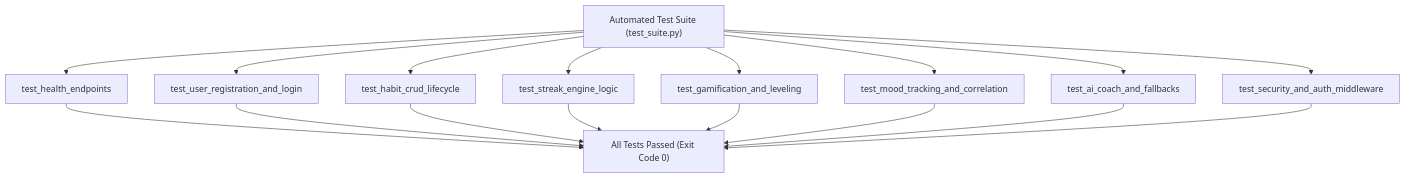
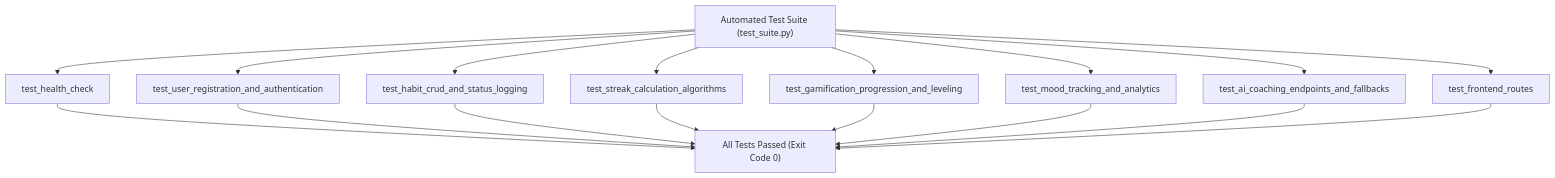
Before and after one commit to KerberoSec/Sanyam_Hackathon_2nd_Rank: the tenth of 10 diagrams in README.md, drawn with Mermaid. The commit also changed other lines of this file, not shown here.

````diff
--- a/README.md
+++ b/README.md
@@ -710,20 +710,20 @@
 ```mermaid
 flowchart TD
-    Suite["Automated Test Suite (test_suite.py)"] --> T1["test_health_endpoints"]
-    Suite --> T2["test_user_registration_and_login"]
-    Suite --> T3["test_habit_crud_lifecycle"]
-    Suite --> T4["test_streak_engine_logic"]
-    Suite --> T5["test_gamification_and_leveling"]
-    Suite --> T6["test_mood_tracking_and_correlation"]
-    Suite --> T7["test_ai_coach_and_fallbacks"]
-    Suite --> T8["test_security_and_auth_middleware"]
+    Suite["Automated Test Suite (test_suite.py)"] --> T1["test_health_check"]
+    Suite --> T2["test_user_registration_and_authentication"]
+    Suite --> T3["test_habit_crud_and_status_logging"]
+    Suite --> T4["test_streak_calculation_algorithms"]
+    Suite --> T5["test_gamification_progression_and_leveling"]
+    Suite --> T6["test_mood_tracking_and_analytics"]
+    Suite --> T7["test_ai_coaching_endpoints_and_fallbacks"]
+    Suite --> T8["test_frontend_routes"]
 
     T1 --> Pass["All Tests Passed (Exit Code 0)"]
     T2 --> Pass
     T3 --> Pass
     T4 --> Pass
     T5 --> Pass
     T6 --> Pass
     T7 --> Pass
     T8 --> Pass
 ```
````
